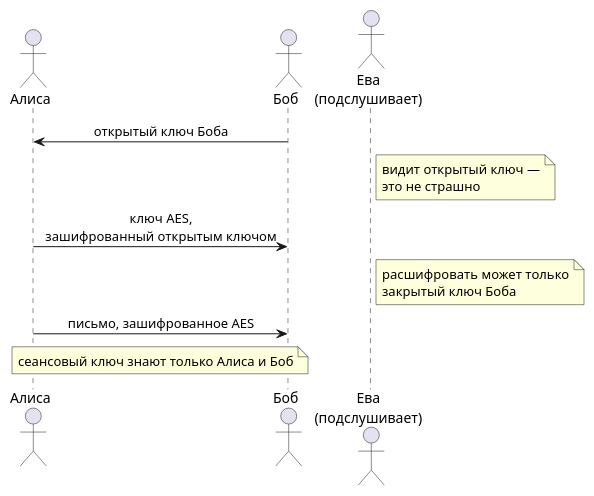
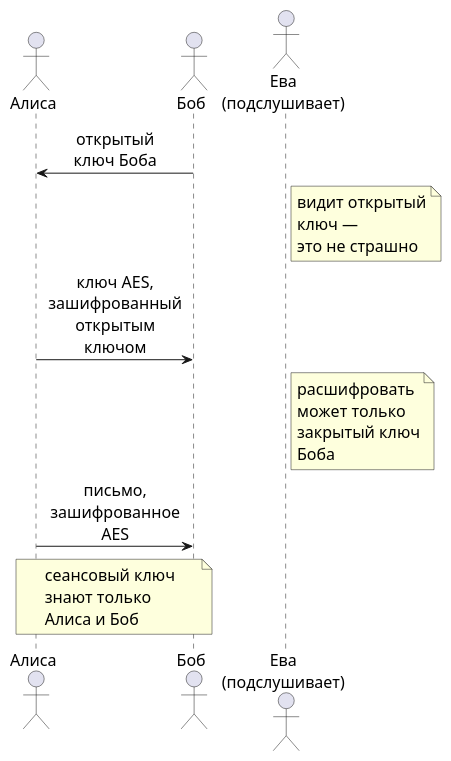
One commit to kscht/spiridus-docs changed the first of 3 diagrams in examples/documents/41-quantum-threat.md. Above: the diagram before and after it, drawn with PlantUML. The commit also changed other lines of this file and 56 other files, not shown here.

````diff
--- a/examples/documents/41-quantum-threat.md
+++ b/examples/documents/41-quantum-threat.md
@@ -26,18 +26,23 @@
 ```plantuml
-' result: artifact:2be347d488720ae2/diagram.svg
+' result: artifact:1e9636e2a83efb9d/diagram.svg
 ' build: plantuml-1.2026.9-asl
 @startuml
+skinparam defaultFontSize 16
+skinparam wrapWidth 140
+skinparam maxMessageSize 100
+skinparam nodesep 25
+skinparam ranksep 40
 skinparam defaultFontName Arial
 skinparam shadowing false
 skinparam sequenceMessageAlign center
 actor "Алиса" as A
 actor "Боб" as B
 actor "Ева\n(подслушивает)" as E
 B -> A : открытый ключ Боба
 note right of E : видит открытый ключ —\nэто не страшно
 A -> B : ключ AES,\nзашифрованный открытым ключом
 note right of E : расшифровать может только\nзакрытый ключ Боба
 A -> B : письмо, зашифрованное AES
 note over A, B : сеансовый ключ знают только Алиса и Боб
 @enduml
 ```
````
